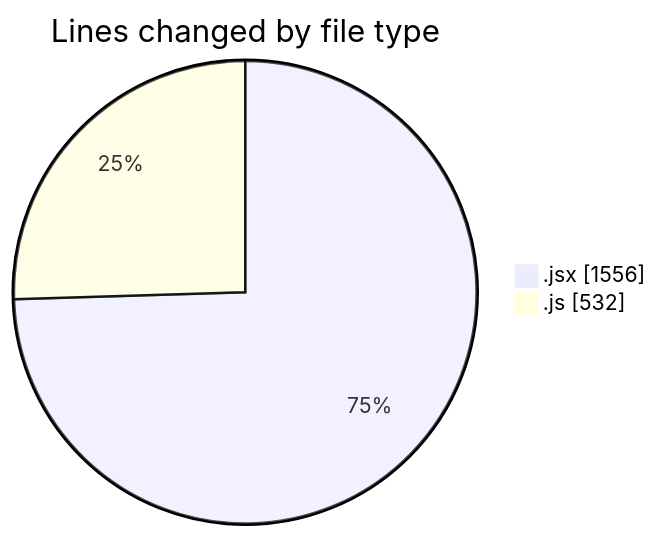
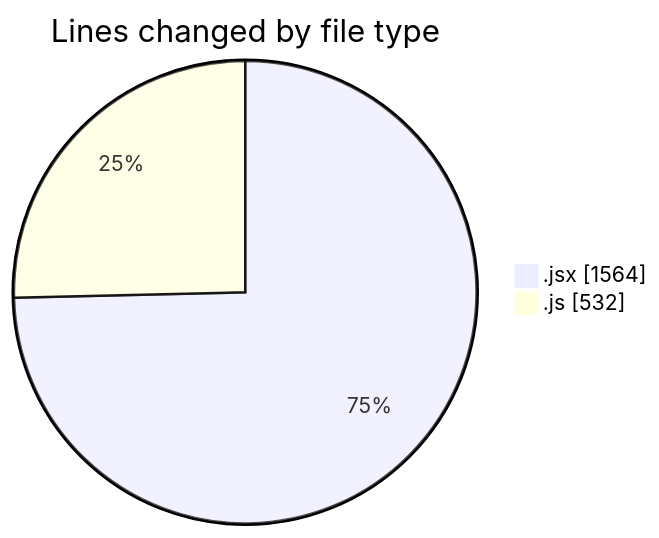
One commit to nxtqubesakshisongat/code-tracking changed the first of 2 diagrams in 2025-11-06/nxtqube_webapp/README.md. Above: the diagram before and after it, drawn with Mermaid. The commit also changed other lines of this file and 1 other file, not shown here.

````diff
--- a/2025-11-06/nxtqube_webapp/README.md
+++ b/2025-11-06/nxtqube_webapp/README.md
@@ -25,6 +25,6 @@
 ```mermaid
 pie showData
 title Lines changed by file type
-".jsx" : 1556
+".jsx" : 1564
 ".js" : 532
 ```
````
